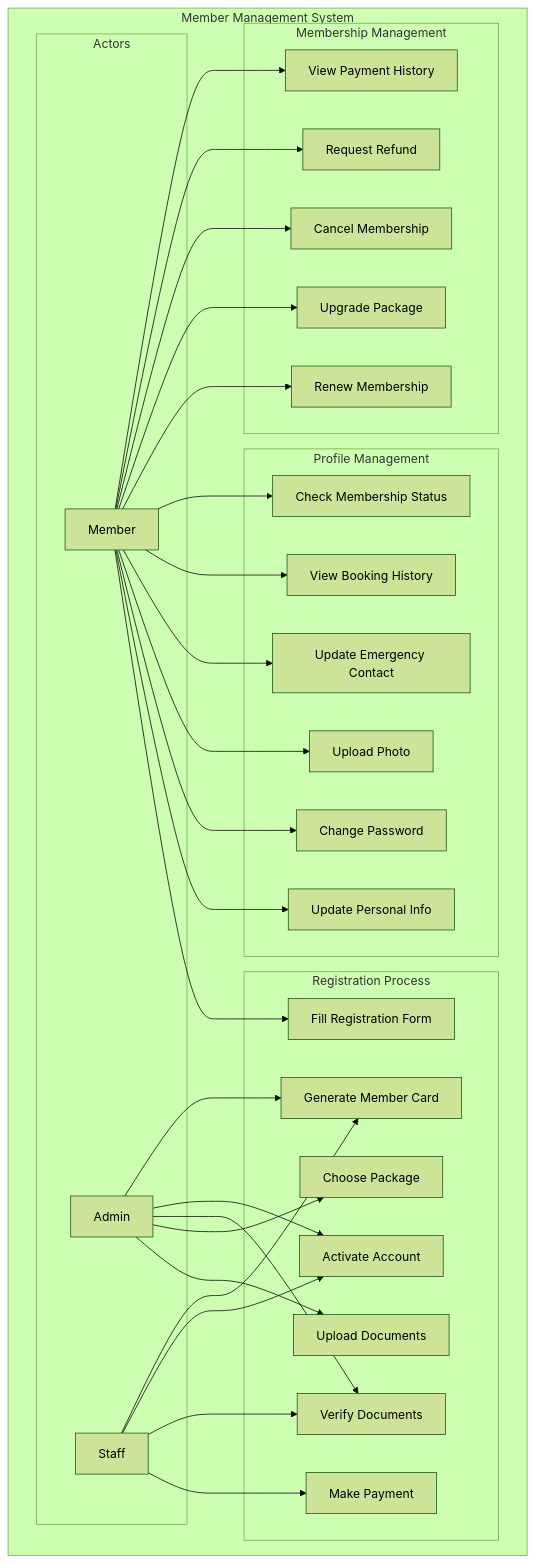
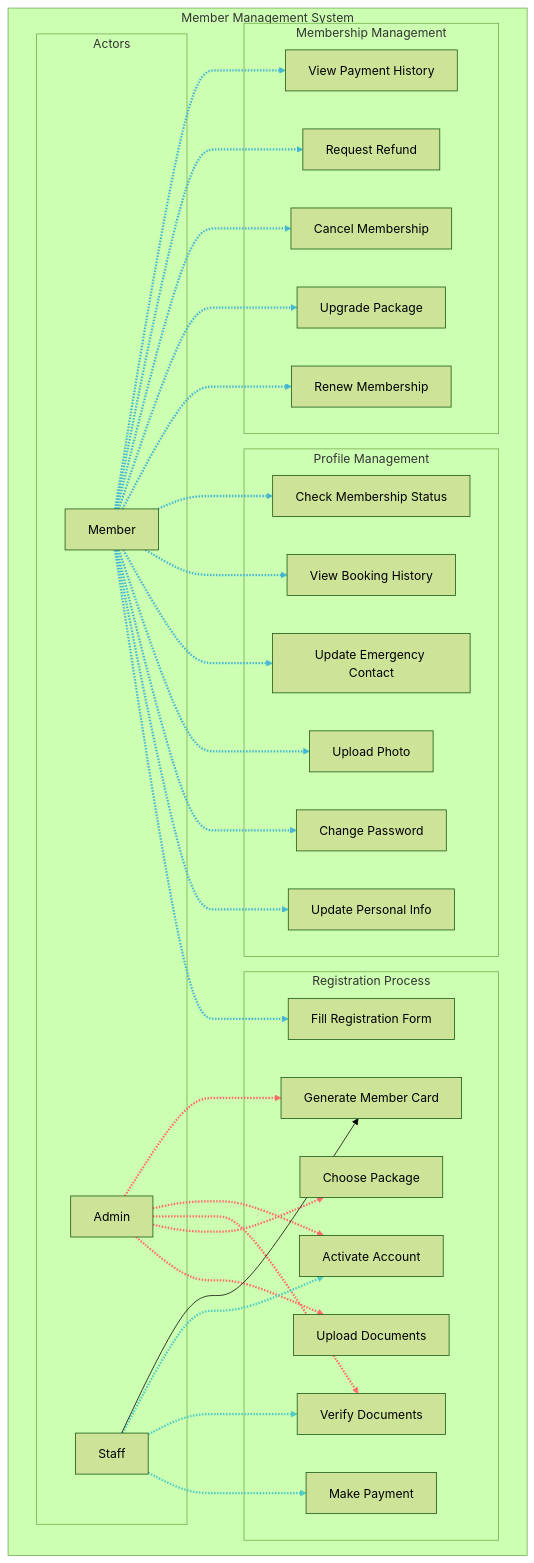
Before and after one commit to BlackCoffeee/raujan_pool: the second of 15 diagrams in Planing/06-uml-diagrams.md, drawn with Mermaid (forest theme). The commit also changed other lines of this file, not shown here.

Commit message:
Update UML diagrams to implement custom styling for connection lines and activity nodes, improving visual representation and clarity in the diagrams.

````diff
--- a/Planing/06-uml-diagrams.md
+++ b/Planing/06-uml-diagrams.md
@@ -118,61 +118,66 @@
 ```mermaid
 graph TB
     subgraph "Member Management System"
         subgraph "Actors"
             A1[Member]
             A2[Admin]
             A3[Staff]
         end
 
         subgraph "Registration Process"
             UC1[Fill Registration Form]
             UC2[Upload Documents]
             UC3[Choose Package]
             UC4[Make Payment]
             UC5[Verify Documents]
             UC6[Activate Account]
             UC7[Generate Member Card]
         end
 
         subgraph "Profile Management"
             UC8[Update Personal Info]
             UC9[Change Password]
             UC10[Upload Photo]
             UC11[Update Emergency Contact]
             UC12[View Booking History]
             UC13[Check Membership Status]
         end
 
         subgraph "Membership Management"
             UC14[Renew Membership]
             UC15[Upgrade Package]
             UC16[Cancel Membership]
             UC17[Request Refund]
             UC18[View Payment History]
         end
     end
 
-    A1 --> UC1
-    A1 --> UC8
-    A1 --> UC9
-    A1 --> UC10
-    A1 --> UC11
-    A1 --> UC12
-    A1 --> UC13
-    A1 --> UC14
-    A1 --> UC15
-    A1 --> UC16
-    A1 --> UC17
-    A1 --> UC18
+    A1 -.-> UC1
+    A1 -.-> UC8
+    A1 -.-> UC9
+    A1 -.-> UC10
+    A1 -.-> UC11
+    A1 -.-> UC12
+    A1 -.-> UC13
+    A1 -.-> UC14
+    A1 -.-> UC15
+    A1 -.-> UC16
+    A1 -.-> UC17
+    A1 -.-> UC18
 
-    A2 --> UC2
-    A2 --> UC3
-    A2 --> UC5
-    A2 --> UC6
-    A2 --> UC7
+    A2 -.-> UC2
+    A2 -.-> UC3
+    A2 -.-> UC5
+    A2 -.-> UC6
+    A2 -.-> UC7
 
-    A3 --> UC4
-    A3 --> UC5
-    A3 --> UC6
+    A3 -.-> UC4
+    A3 -.-> UC5
+    A3 -.-> UC6
+
+    %% Custom styling untuk lines dengan warna berbeda
+    linkStyle 0,1,2,3,4,5,6,7,8,9,10,11 stroke:#45b7d1,stroke-width:3px
+    linkStyle 12,13,14,15,16 stroke:#ff6b6b,stroke-width:3px
+    linkStyle 17,18,19 stroke:#4ecdc4,stroke-width:3px
     A3 --> UC7
 ```
````
